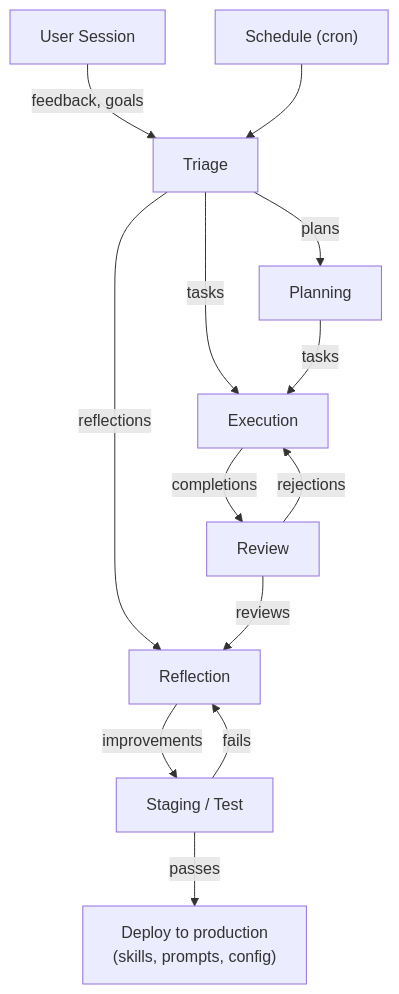
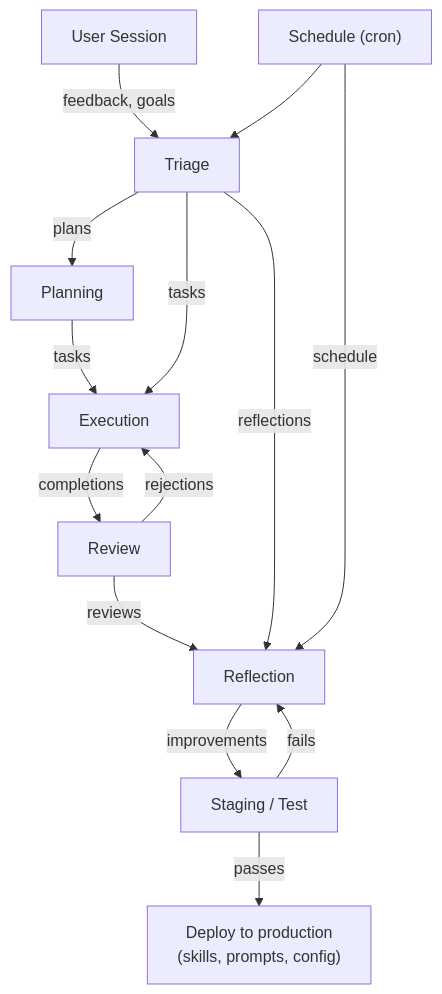
The fifth of 5 diagrams in docs/architecture.md (brayan07/cambium), drawn with Mermaid before and after one commit. The commit also changed other lines of this file, not shown here.

````diff
--- a/docs/architecture.md
+++ b/docs/architecture.md
@@ -407,17 +417,18 @@
 ```mermaid
 graph TD
     User["User Session"] -->|feedback, goals| Triage
     Schedule["Schedule (cron)"] --> Triage
+    Schedule -->|schedule| Reflection
     Triage -->|plans| Planning
     Triage -->|tasks| Execution
     Triage -->|reflections| Reflection
 
     Planning -->|tasks| Execution
     Execution -->|completions| Review
     Review -->|reviews| Reflection
     Review -->|rejections| Execution
 
     Reflection -->|improvements| Staging["Staging / Test"]
     Staging -->|passes| Deploy["Deploy to production<br/>(skills, prompts, config)"]
     Staging -->|fails| Reflection
 ```
````
